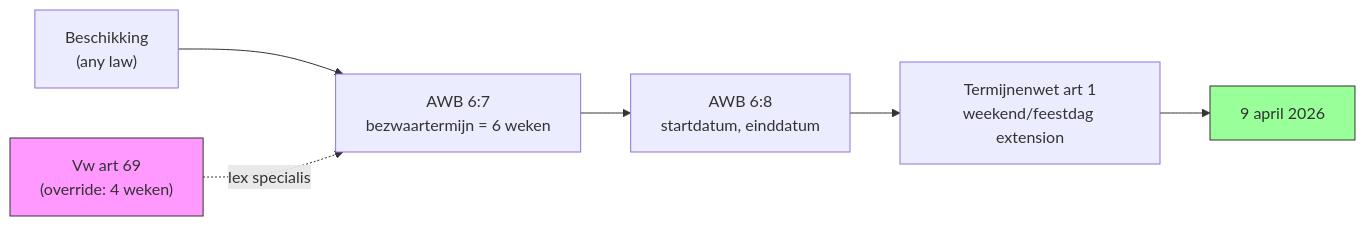
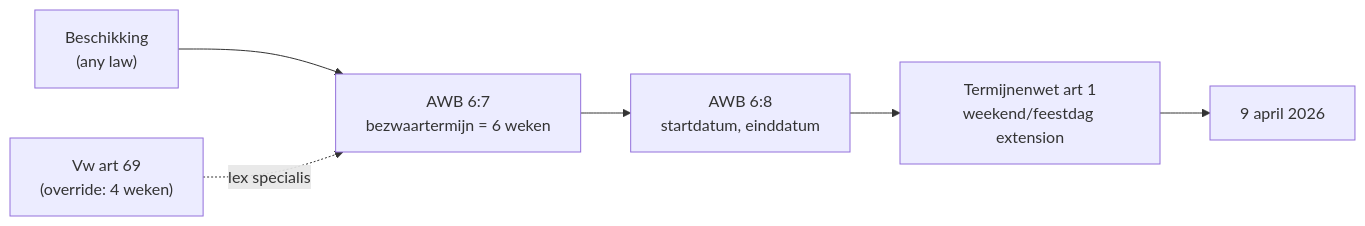
One commit to MinBZK/regelrecht changed the first of 4 diagrams in docs/src/content/rfcs/rfc-007.md. Above: the diagram before and after it, drawn with Mermaid. The commit also changed other lines of this file and 5 other files, not shown here.

First line of the commit message:
feat(docs): mermaid-diagrammen in NLDD-stijl met dark/light-mode

````diff
--- a/docs/src/content/rfcs/rfc-007.md
+++ b/docs/src/content/rfcs/rfc-007.md
@@ -19,12 +19,10 @@
 ```mermaid
 graph LR
     A["Beschikking\n(any law)"] --> B["AWB 6:7\nbezwaartermijn = 6 weken"]
     B --> C["AWB 6:8\nstartdatum, einddatum"]
     C --> D["Termijnenwet art 1\nweekend/feestdag extension"]
     D --> E["9 april 2026"]
 
     O["Vw art 69\n(override: 4 weken)"] -.->|lex specialis| B
 
-    style O fill:#f9f,stroke:#333
-    style E fill:#9f9,stroke:#333
 ```
````
